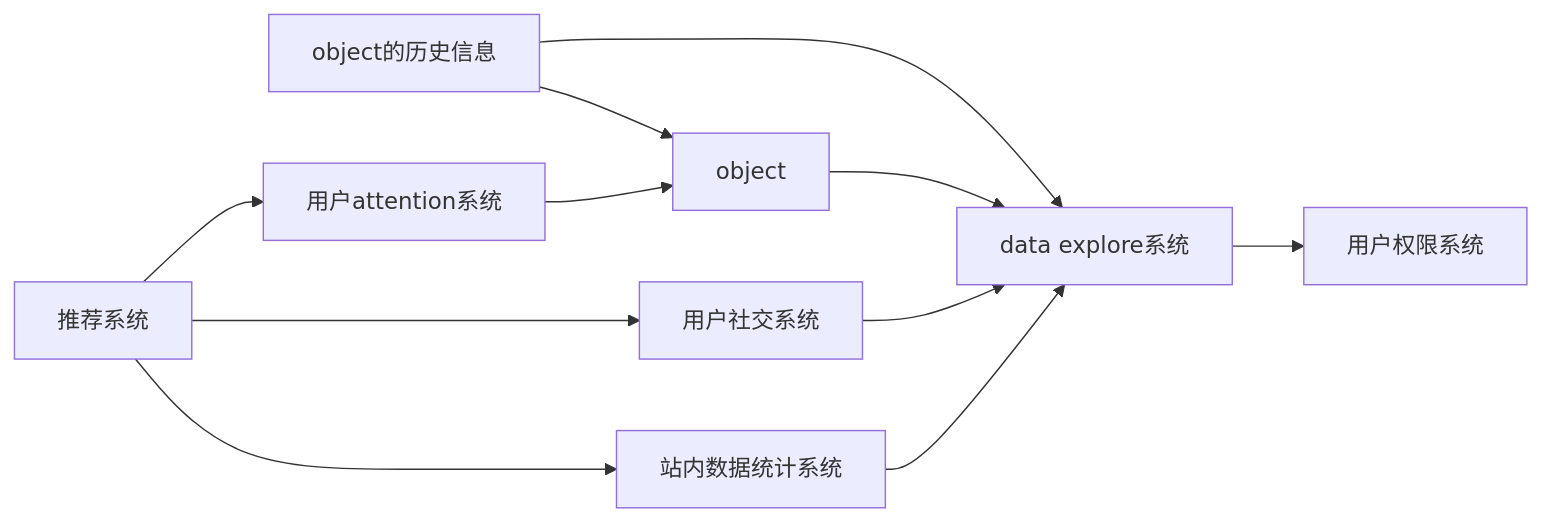
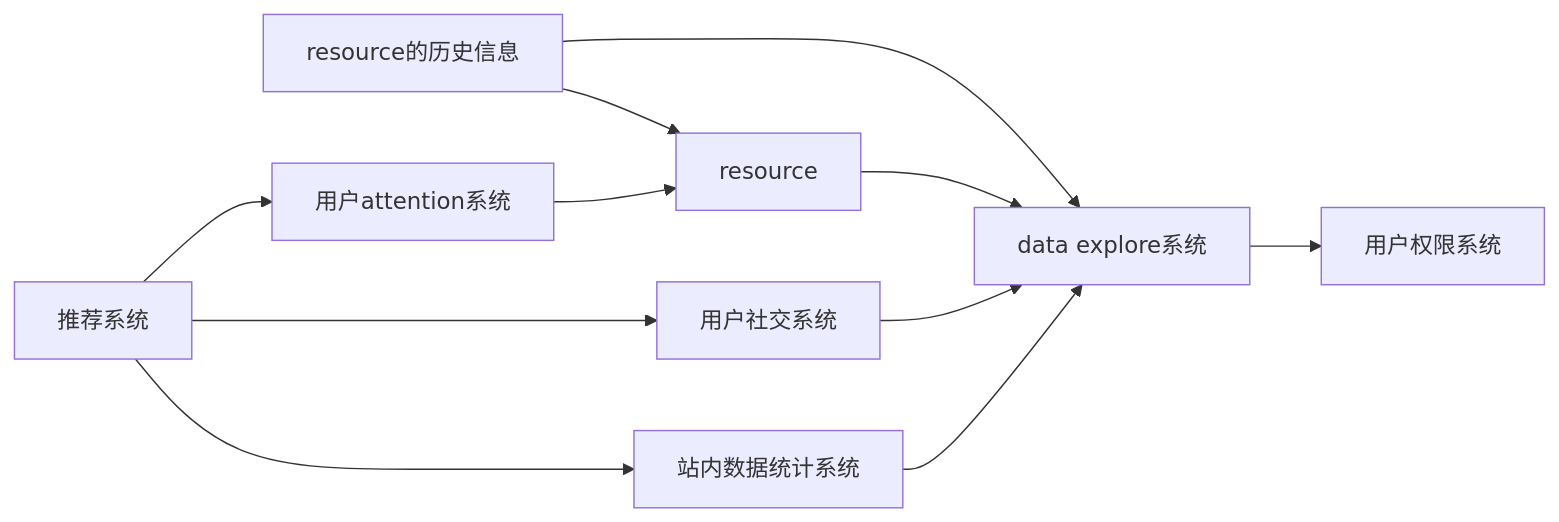
The diagram in server/docs/architecture/ROADMAP.md (TouhouCloudMusic/thcdb), drawn with Mermaid before and after one commit. The commit also changed other lines of this file and 27 other files, not shown here.

````diff
--- a/server/docs/architecture/ROADMAP.md
+++ b/server/docs/architecture/ROADMAP.md
@@ -96,19 +96,19 @@
 ```mermaid
 graph LR;
-  object的历史信息[object的历史信息]
-  object[object]
+  resource的历史信息[resource的历史信息]
+  resource[resource]
   推荐系统[推荐系统]
   用户attention系统[用户attention系统]
   用户社交系统[用户社交系统]
   站内数据统计系统[站内数据统计系统]
   Q[data explore系统] --> P[用户权限系统]
-  object的历史信息 --> object;
-  object的历史信息 --> Q;
-  object --> Q;
-  用户attention系统 --> object;
+  resource的历史信息 --> resource;
+  resource的历史信息 --> Q;
+  resource --> Q;
+  用户attention系统 --> resource;
   用户社交系统 --> Q;
   站内数据统计系统 --> Q;
   推荐系统 --> 用户attention系统;
   推荐系统 --> 用户社交系统;
   推荐系统 --> 站内数据统计系统;
 ```
````
